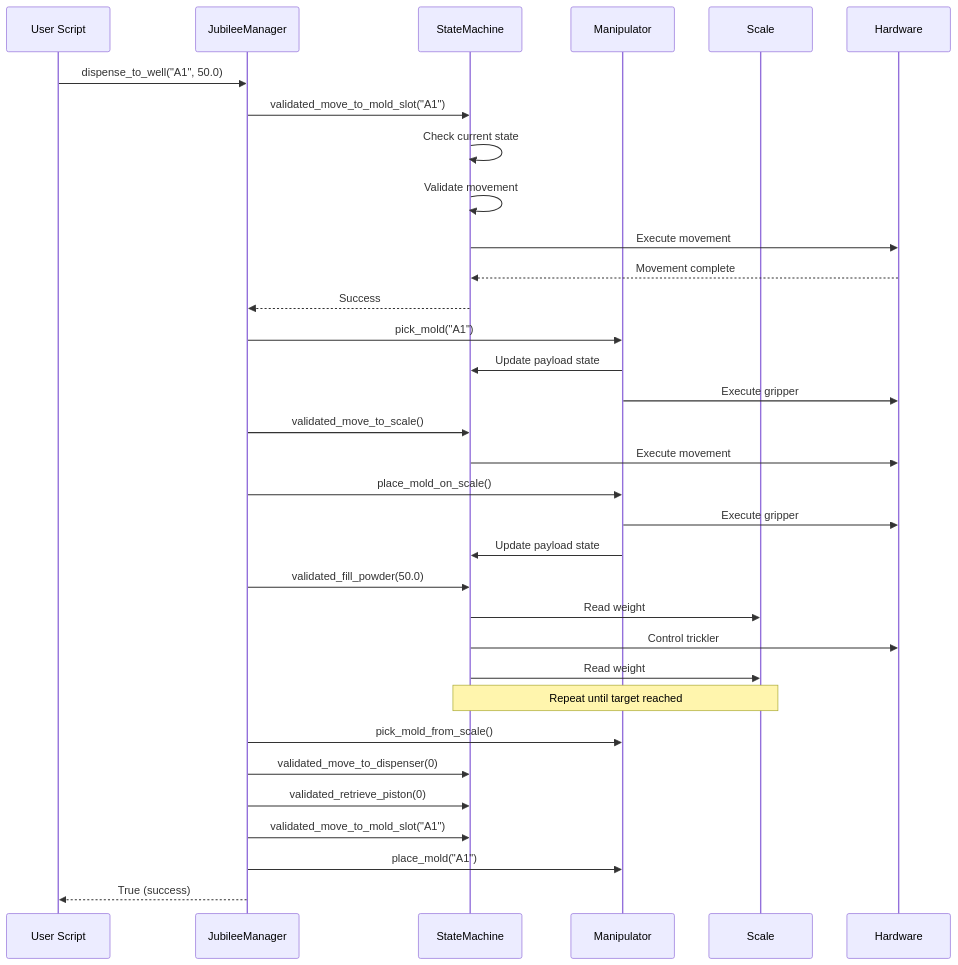
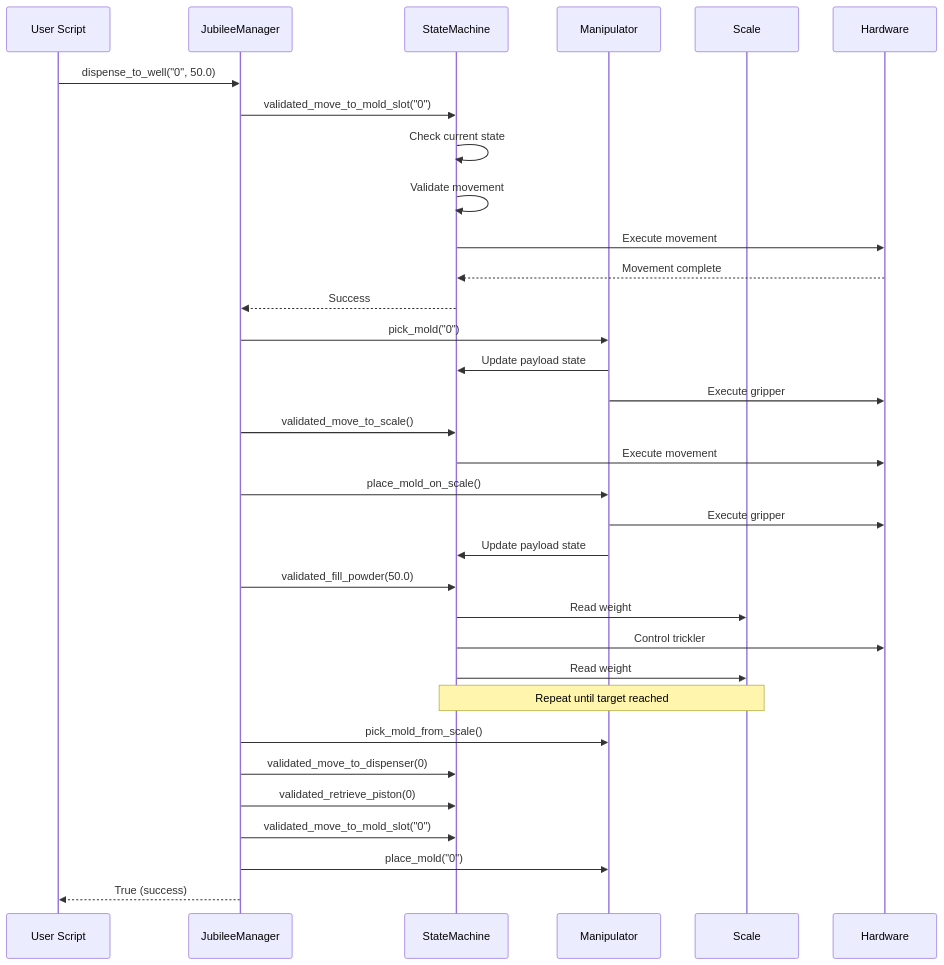
Before and after one commit to bennett-lahn/jubilee-powder: the third of 3 diagrams in docs/concepts/architecture.md, drawn with Mermaid. The commit also changed other lines of this file and 14 other files, not shown here.

````diff
--- a/docs/concepts/architecture.md
+++ b/docs/concepts/architecture.md
@@ -256,42 +256,42 @@
 ```mermaid
 sequenceDiagram
     participant U as User Script
     participant JM as JubileeManager
     participant SM as StateMachine
     participant M as Manipulator
     participant S as Scale
     participant H as Hardware
 
-    U->>JM: dispense_to_well("A1", 50.0)
-    JM->>SM: validated_move_to_mold_slot("A1")
+    U->>JM: dispense_to_well("0", 50.0)
+    JM->>SM: validated_move_to_mold_slot("0")
     SM->>SM: Check current state
     SM->>SM: Validate movement
     SM->>H: Execute movement
     H-->>SM: Movement complete
     SM-->>JM: Success
     
-    JM->>M: pick_mold("A1")
+    JM->>M: pick_mold("0")
     M->>SM: Update payload state
     M->>H: Execute gripper
     
     JM->>SM: validated_move_to_scale()
     SM->>H: Execute movement
     
     JM->>M: place_mold_on_scale()
     M->>H: Execute gripper
     M->>SM: Update payload state
     
     JM->>SM: validated_fill_powder(50.0)
     SM->>S: Read weight
     SM->>H: Control trickler
     SM->>S: Read weight
     Note over SM,S: Repeat until target reached
     
     JM->>M: pick_mold_from_scale()
     JM->>SM: validated_move_to_dispenser(0)
     JM->>SM: validated_retrieve_piston(0)
-    JM->>SM: validated_move_to_mold_slot("A1")
-    JM->>M: place_mold("A1")
+    JM->>SM: validated_move_to_mold_slot("0")
+    JM->>M: place_mold("0")
     
     JM-->>U: True (success)
 ```
````
